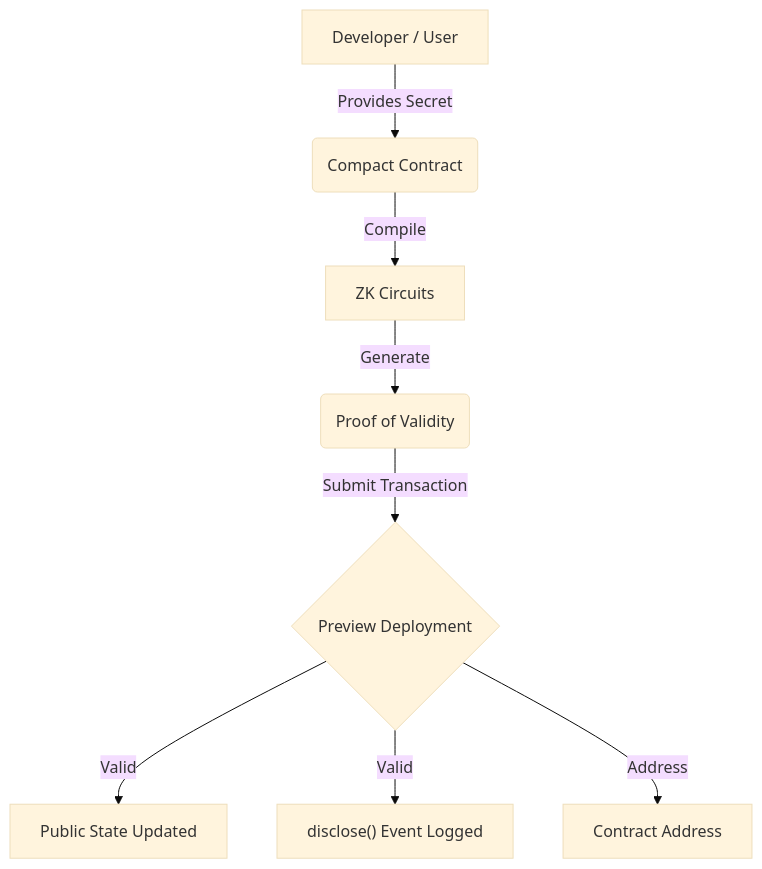
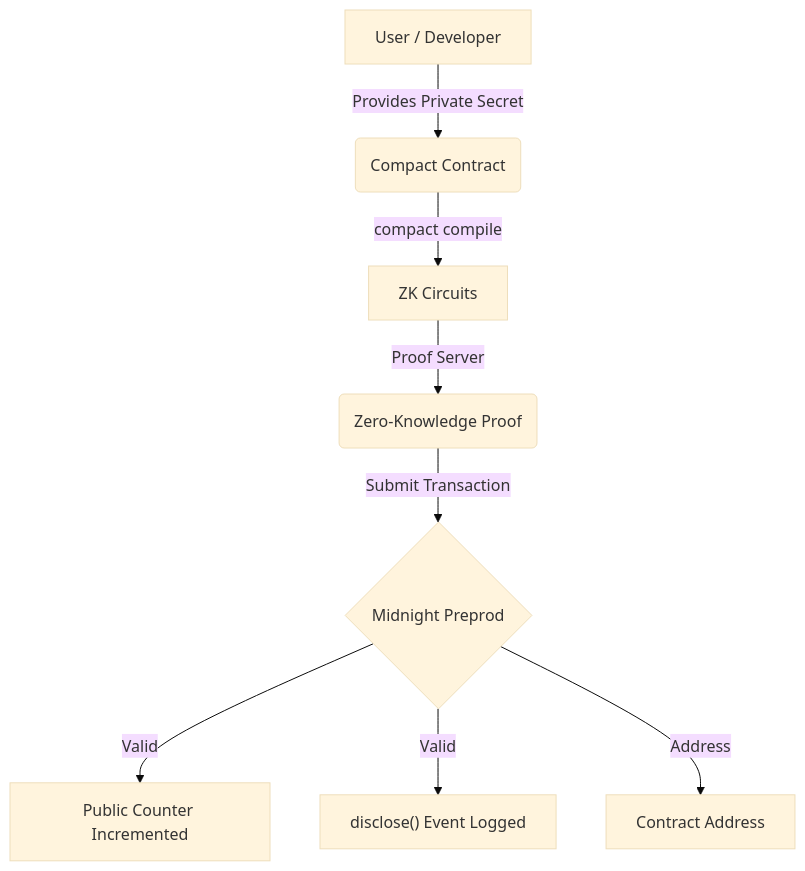
Before and after one commit to akash-mondal-1/Midnight-Vault: the diagram in README.md, drawn with Mermaid (base theme). The commit also changed other lines of this file and 12 other files, not shown here.

````diff
--- a/README.md
+++ b/README.md
@@ -29,10 +38,10 @@
 ```mermaid
 graph TD
-    A[Developer / User] -->|Provides Secret| B(Compact Contract)
-    B -->|Compile| C[ZK Circuits]
-    C -->|Generate| D(Proof of Validity)
-    D -->|Submit Transaction| E{Preview Deployment}
-    E -->|Valid| F[Public State Updated]
+    A[User / Developer] -->|Provides Private Secret| B(Compact Contract)
+    B -->|compact compile| C[ZK Circuits]
+    C -->|Proof Server| D(Zero-Knowledge Proof)
+    D -->|Submit Transaction| E{Midnight Preprod}
+    E -->|Valid| F[Public Counter Incremented]
     E -->|Valid| G["disclose() Event Logged"]
     E -->|Address| H[Contract Address]
 ```
````
